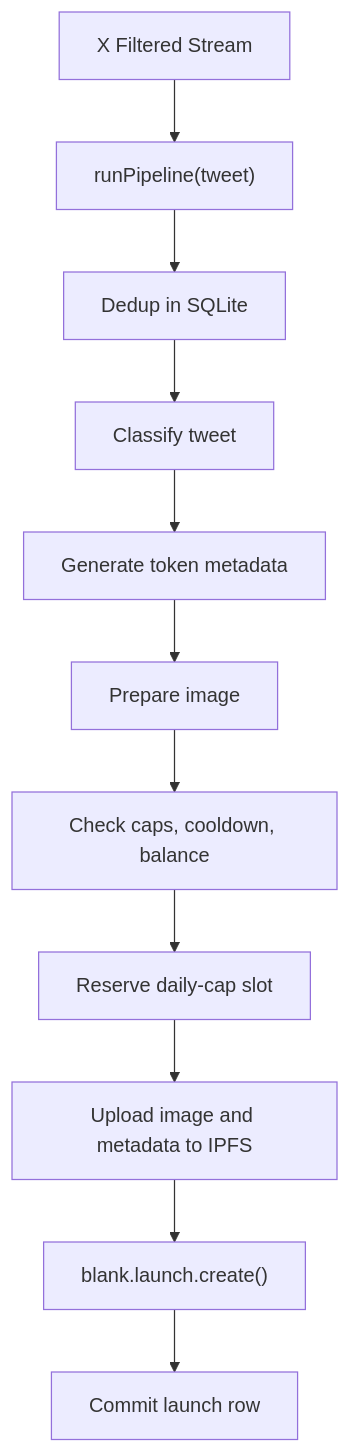
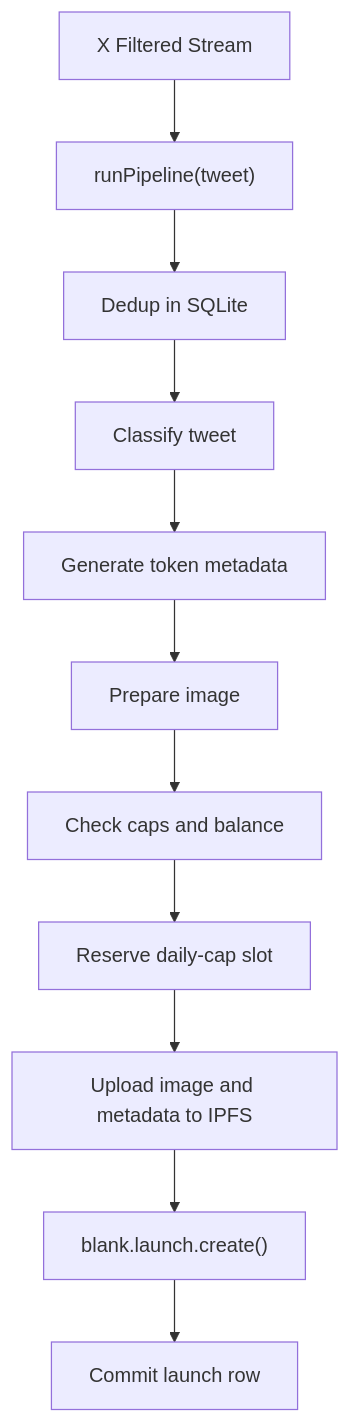
The diagram in README.md (jcoulaud/blank-bot-launcher), drawn with Mermaid before and after one commit. The commit also changed other lines of this file and 10 other files, not shown here.

````diff
--- a/README.md
+++ b/README.md
@@ -21,13 +21,13 @@
 ```mermaid
 flowchart TD
   A["X Filtered Stream"] --> B["runPipeline(tweet)"]
   B --> C["Dedup in SQLite"]
   C --> D["Classify tweet"]
   D --> E["Generate token metadata"]
   E --> F["Prepare image"]
-  F --> G["Check caps, cooldown, balance"]
+  F --> G["Check caps and balance"]
   G --> H["Reserve daily-cap slot"]
   H --> I["Upload image and metadata to IPFS"]
   I --> J["blank.launch.create()"]
   J --> K["Commit launch row"]
 ```
````
